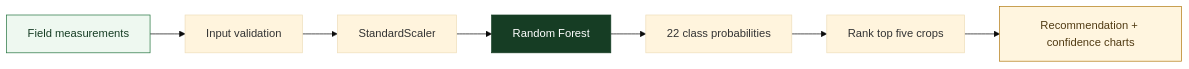
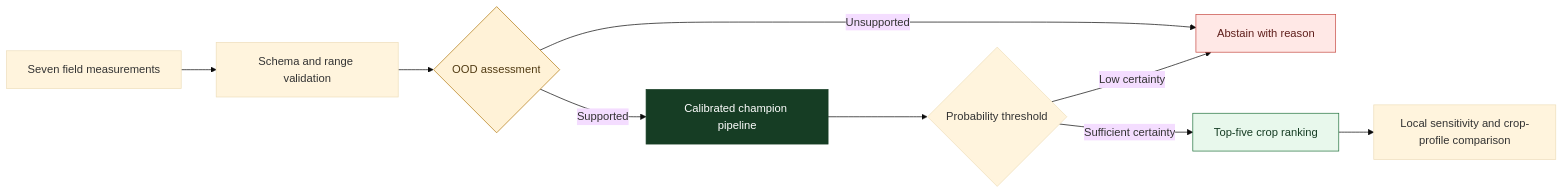
One commit to SaiGrover/Kshetra-sense changed the first of 2 diagrams in README.md. Above: the diagram before and after it, drawn with Mermaid (base theme). The commit also changed other lines of this file and 24 other files, not shown here.

````diff
--- a/README.md
+++ b/README.md
@@ -46,13 +30,16 @@
 ```mermaid
 flowchart LR
-    U["Field measurements"] --> V["Input validation"]
-    V --> S["StandardScaler"]
-    S --> RF["Random Forest"]
-    RF --> P["22 class probabilities"]
-    P --> R["Rank top five crops"]
-    R --> UI["Recommendation + confidence charts"]
+    A["Seven field measurements"] --> B["Schema and range validation"]
+    B --> C{"OOD assessment"}
+    C -->|"Unsupported"| D["Abstain with reason"]
+    C -->|"Supported"| E["Calibrated champion pipeline"]
+    E --> F{"Probability threshold"}
+    F -->|"Low certainty"| D
+    F -->|"Sufficient certainty"| G["Top-five crop ranking"]
+    G --> H["Local sensitivity and crop-profile comparison"]
 
-    style U fill:#eef8f0,stroke:#23733e,color:#163d24
-    style RF fill:#163d24,stroke:#163d24,color:#ffffff
-    style UI fill:#fff5df,stroke:#b27a12,color:#513b13
+    style C fill:#fff2d7,stroke:#b27a12,color:#513b13
+    style D fill:#ffe8e6,stroke:#c74b45,color:#5f1f1c
+    style E fill:#163d24,stroke:#163d24,color:#ffffff
+    style G fill:#e8f8ec,stroke:#23733e,color:#163d24
 ```
````
